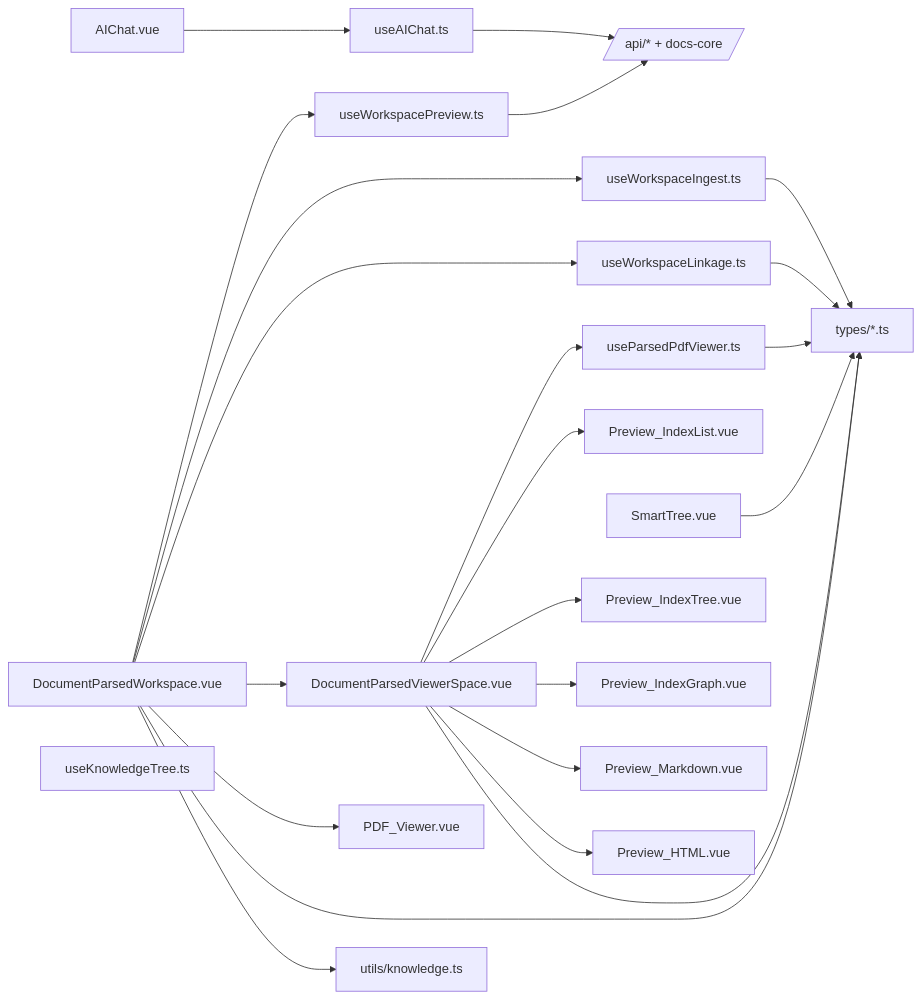
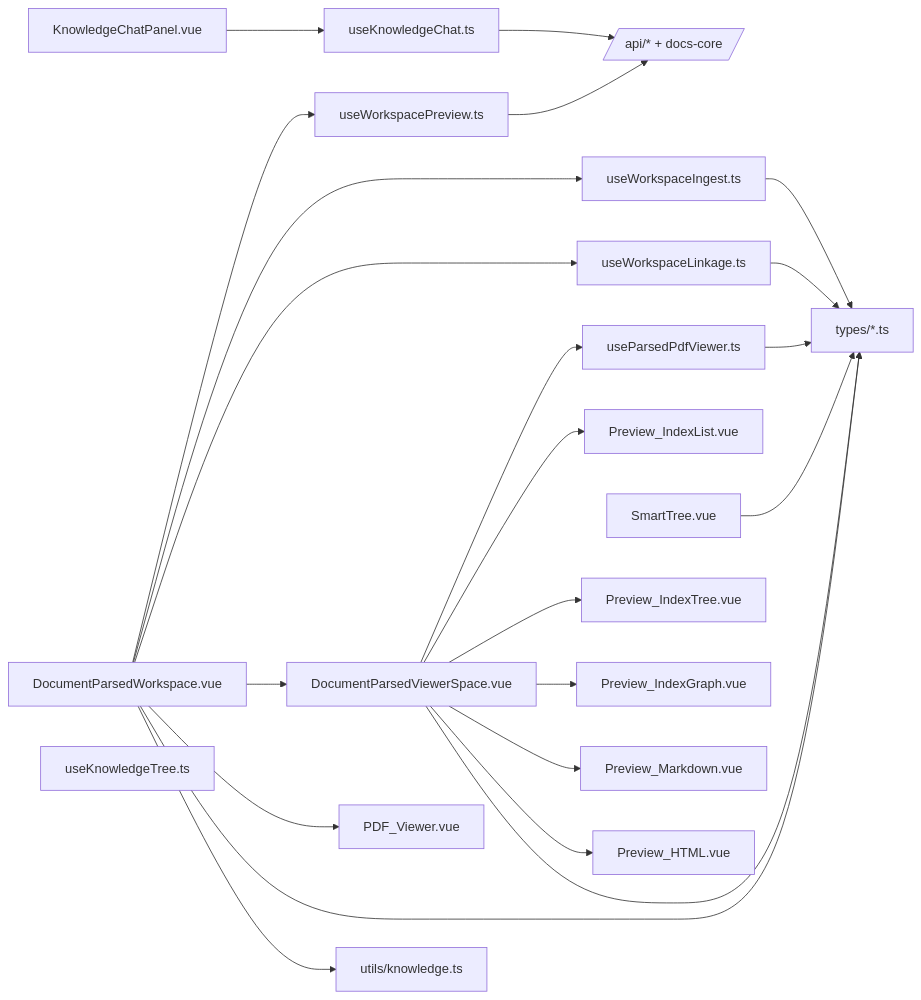
The third of 3 diagrams in README.md (0mao0/AnGIneer), drawn with Mermaid before and after one commit. The commit also changed other lines of this file and 27 other files, not shown here.

````diff
--- a/README.md
+++ b/README.md
@@ -456,49 +468,49 @@
 ```mermaid
 graph LR
   W[DocumentParsedWorkspace.vue]
   R[DocumentParsedViewerSpace.vue]
   V[PDF_Viewer.vue]
   IL[Preview_IndexList.vue]
   IT[Preview_IndexTree.vue]
   IG[Preview_IndexGraph.vue]
   PM[Preview_Markdown.vue]
   PH[Preview_HTML.vue]
   ST[SmartTree.vue]
-  AC[AIChat.vue]
+  AC[KnowledgeChatPanel.vue]
 
   WP[useWorkspacePreview.ts]
   WI[useWorkspaceIngest.ts]
   WL[useWorkspaceLinkage.ts]
   PV[useParsedPdfViewer.ts]
   KT[useKnowledgeTree.ts]
-  UA[useAIChat.ts]
+  UA[useKnowledgeChat.ts]
 
   TY[types/*.ts]
   UT[utils/knowledge.ts]
   AP[/api/* + docs-core/]
 
   W --> WP
   W --> WI
   W --> WL
   W --> R
   W --> V
   W --> TY
   W --> UT
 
   R --> PV
   R --> IL
   R --> IT
   R --> IG
   R --> PM
   R --> PH
   R --> TY
 
   ST --> TY
   AC --> UA
   PV --> TY
   WI --> TY
   WL --> TY
 
   UA --> AP
   WP --> AP
 ```
````
